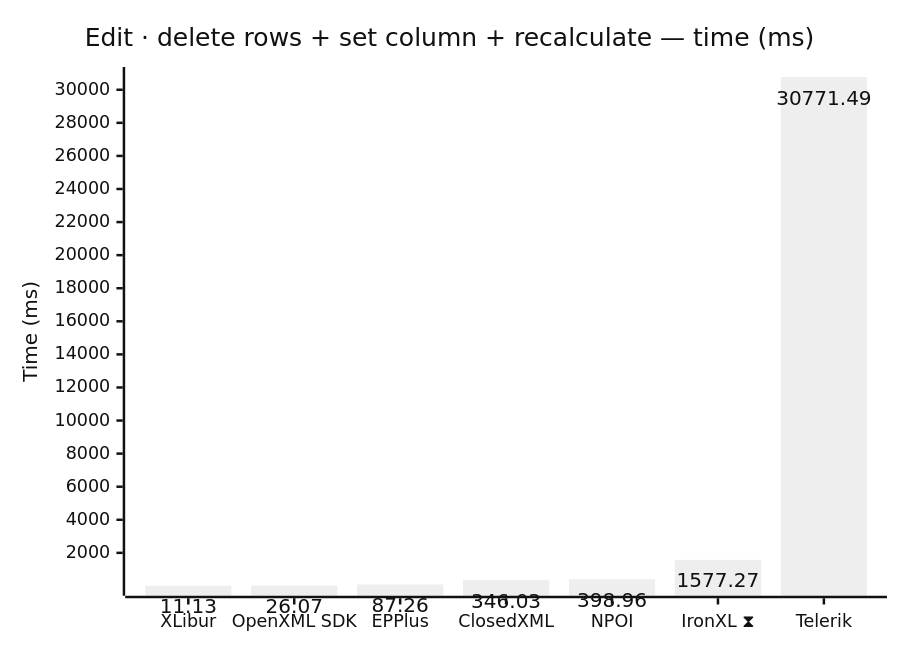
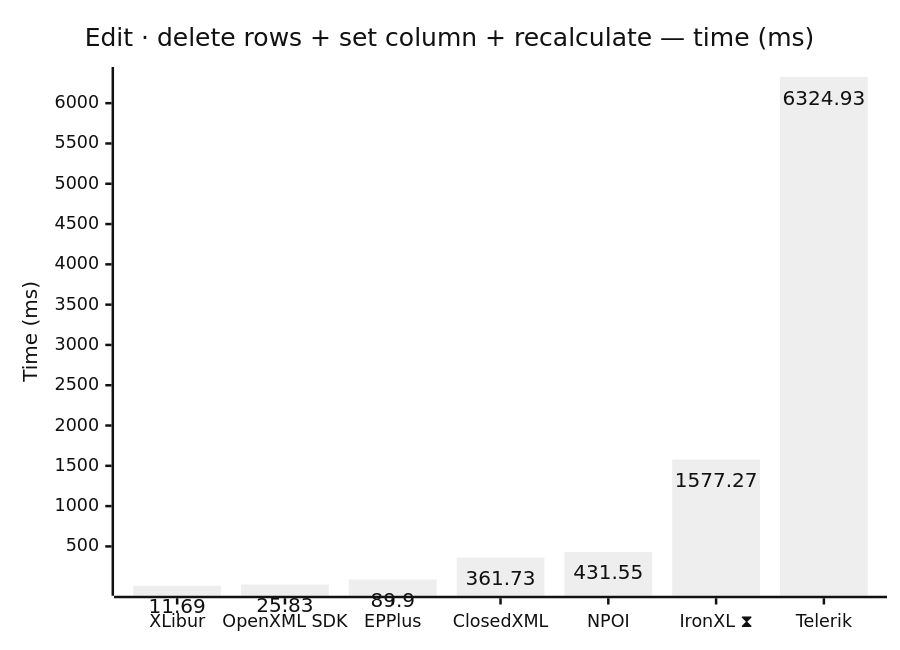
Before and after one commit to jafin/XLBench: the ninth of 12 diagrams in docs/results.md, drawn with Mermaid (neutral theme). The commit also changed other lines of this file and 4 other files, not shown here.

````diff
--- a/docs/results.md
+++ b/docs/results.md
@@ -144,12 +144,12 @@
 ```mermaid
 ---
 config:
   xyChart:
     showDataLabel: true
 ---
 xychart-beta
     title "Edit · delete rows + set column + recalculate — time (ms)"
     x-axis ["XLibur", "OpenXML SDK", "EPPlus", "ClosedXML", "NPOI", "IronXL ⧗", "Telerik"]
     y-axis "Time (ms)"
-    bar [11.13, 26.07, 87.26, 346.03, 398.96, 1577.27, 30771.49]
+    bar [11.69, 25.83, 89.9, 361.73, 431.55, 1577.27, 6324.93]
 ```
````
